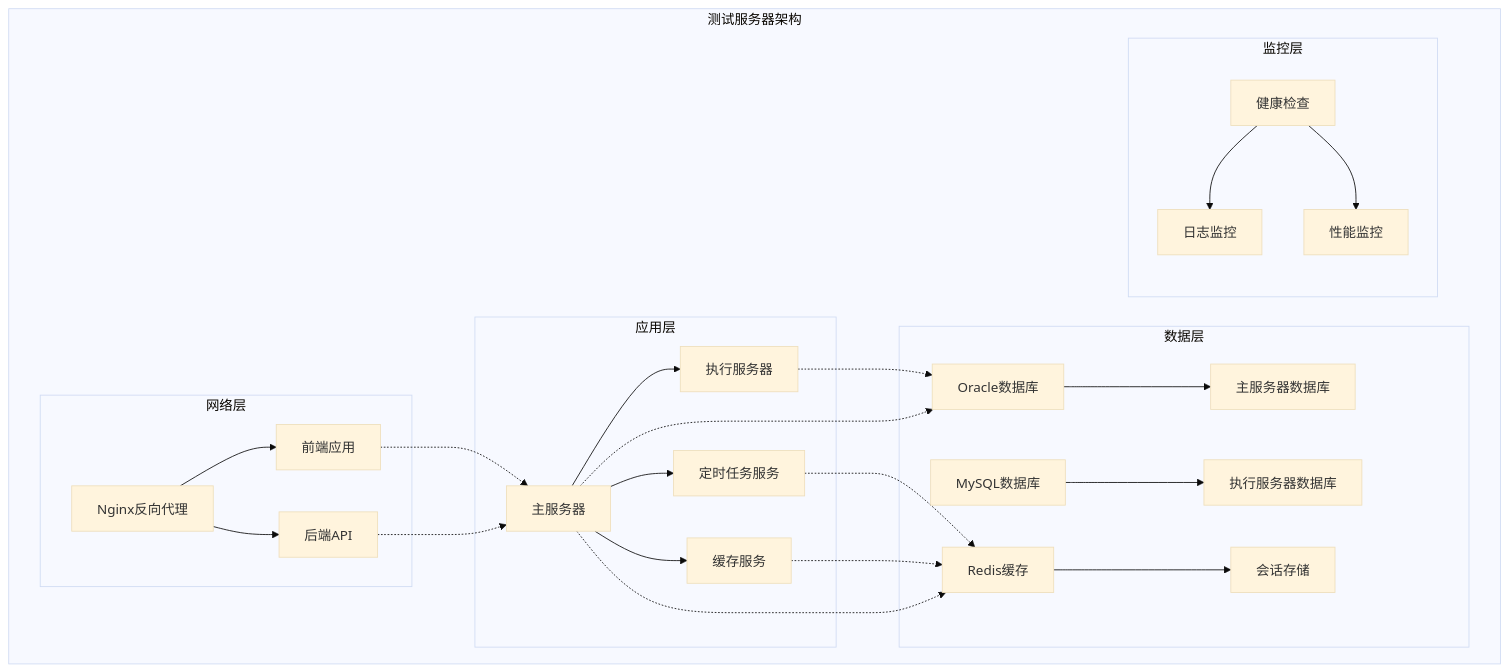
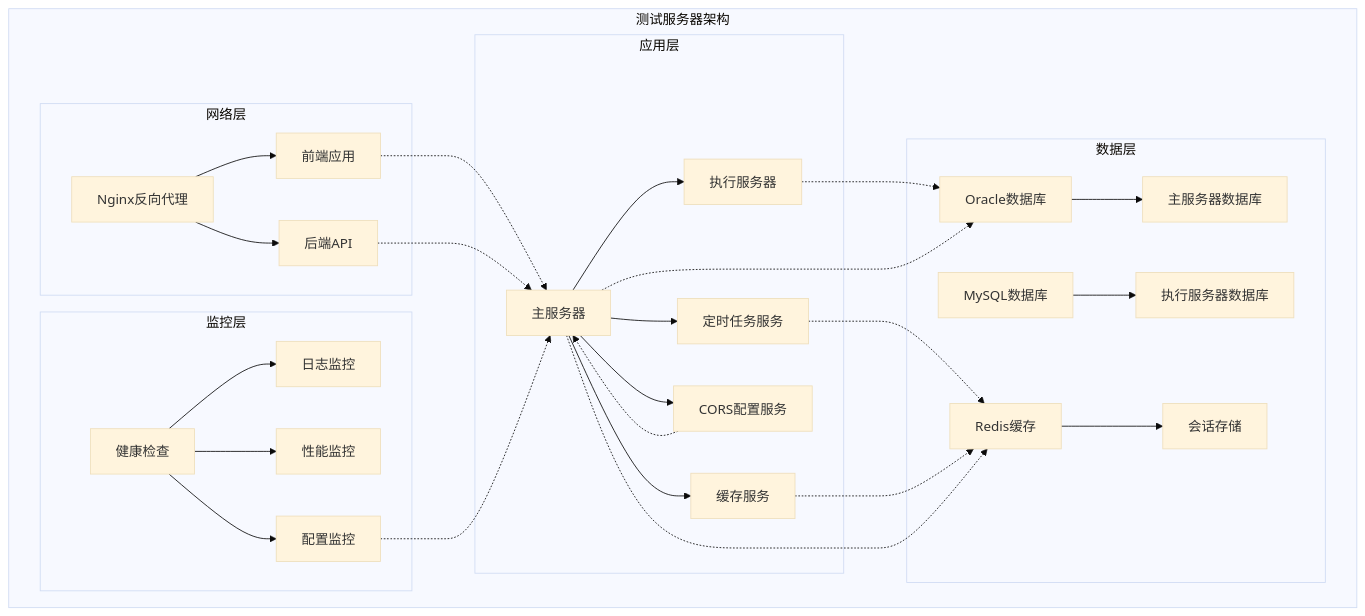
The second of 7 diagrams in .qoder/repowiki/zh/content/部署指南/测试服务器部署指南.md (liuzh2008/med_ai_assistant_workspace), drawn with Mermaid (base theme) before and after one commit. The commit also changed other lines of this file and 3 other files, not shown here.

````diff
--- a/.qoder/repowiki/zh/content/部署指南/测试服务器部署指南.md
+++ b/.qoder/repowiki/zh/content/部署指南/测试服务器部署指南.md
@@ -117,30 +138,34 @@
 ```mermaid
 graph TB
 subgraph "测试服务器架构"
 subgraph "网络层"
 A[Nginx反向代理] --> B[前端应用]
 A --> C[后端API]
 end
 subgraph "应用层"
 D[主服务器] --> E[执行服务器]
 D --> F[定时任务服务]
 D --> G[缓存服务]
+D --> H[CORS配置服务]
 end
 subgraph "数据层"
-H[Oracle数据库] --> I[主服务器数据库]
-J[MySQL数据库] --> K[执行服务器数据库]
-L[Redis缓存] --> M[会话存储]
+I[Oracle数据库] --> J[主服务器数据库]
+K[MySQL数据库] --> L[执行服务器数据库]
+M[Redis缓存] --> N[会话存储]
 end
 subgraph "监控层"
-N[健康检查] --> O[日志监控]
-N --> P[性能监控]
+O[健康检查] --> P[日志监控]
+O --> Q[性能监控]
+O --> R[配置监控]
 end
 end
 B -.-> D
 C -.-> D
-E -.-> H
-F -.-> L
-G -.-> L
-D -.-> H
-D -.-> L
+E -.-> I
+F -.-> M
+G -.-> M
+D -.-> I
+D -.-> M
+H -.-> D
+R -.-> D
 ```
````
